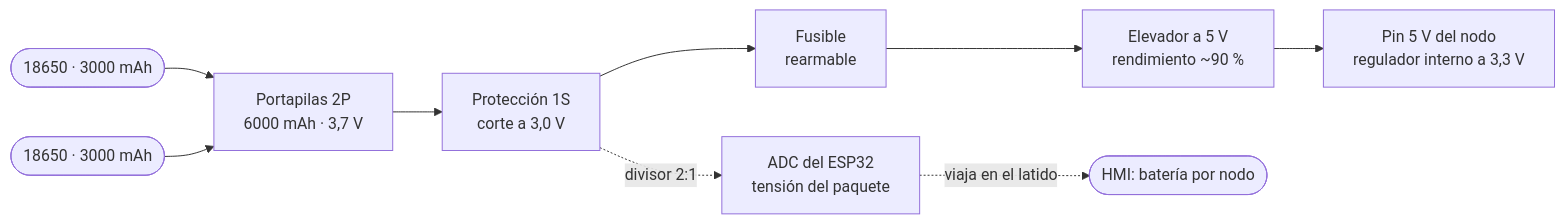
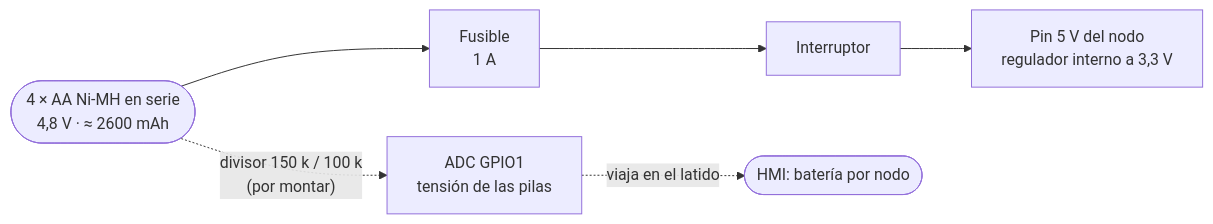
One commit to Camilo1408/config-ricevi changed the diagram in docs/diagramas/02-alimentacion-nodo.mmd. Above: the diagram before and after it, drawn with Mermaid. The commit also changed 19 other files, not shown here.

First line of the commit message:
Documentacion v1.2 completa: docs/02, docs/03, diagramas y entregables

```diff
--- a/docs/diagramas/02-alimentacion-nodo.mmd
+++ b/docs/diagramas/02-alimentacion-nodo.mmd
@@ -1,9 +1,6 @@
 flowchart LR
-  B1(["18650 · 3000 mAh"]) --> H["Portapilas 2P<br/>6000 mAh · 3,7 V"]
-  B2(["18650 · 3000 mAh"]) --> H
-  H --> P["Protección 1S<br/>corte a 3,0 V"]
-  P --> F["Fusible<br/>rearmable"]
-  F --> E["Elevador a 5 V<br/>rendimiento ~90 %"]
-  E --> N["Pin 5 V del nodo<br/>regulador interno a 3,3 V"]
-  P -.->|"divisor 2:1"| A["ADC del ESP32<br/>tensión del paquete"]
+  B(["4 × AA Ni-MH en serie<br/>4,8 V · ≈ 2600 mAh"]) --> F["Fusible<br/>1 A"]
+  F --> S["Interruptor"]
+  S --> N["Pin 5 V del nodo<br/>regulador interno a 3,3 V"]
+  B -.->|"divisor 150 k / 100 k<br/>(por montar)"| A["ADC GPIO1<br/>tensión de las pilas"]
   A -.->|"viaja en el latido"| HMI(["HMI: batería por nodo"])
```
